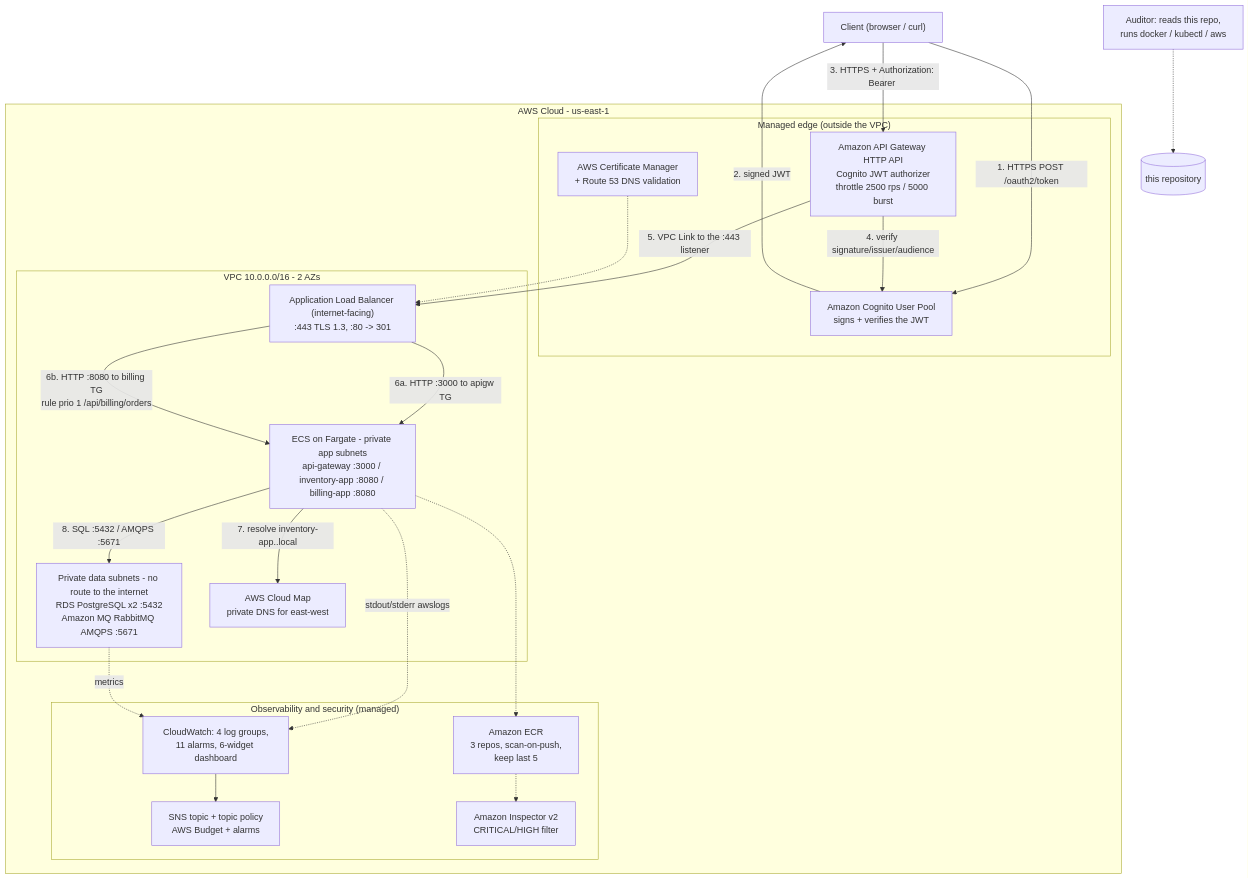
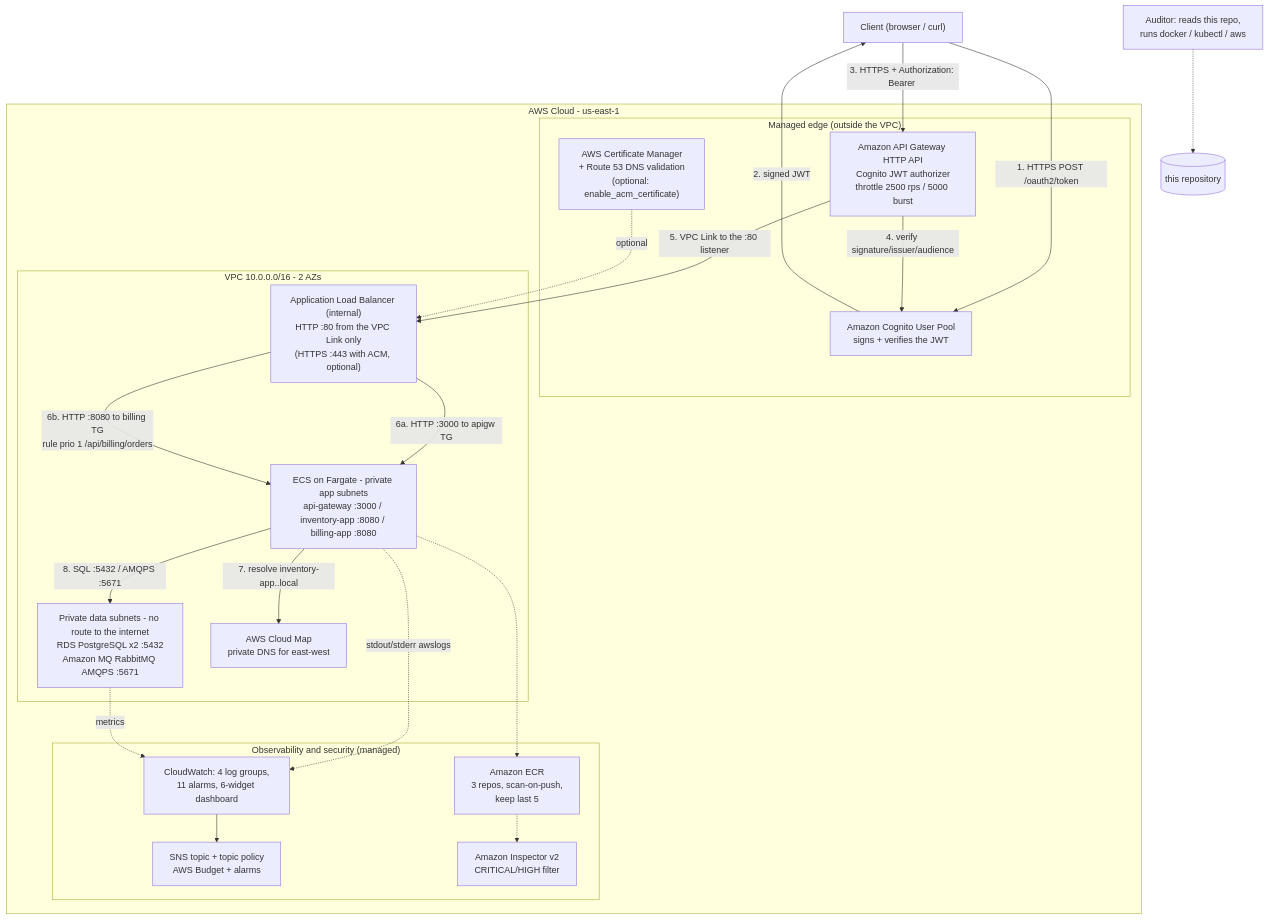
The first of 3 diagrams in README.md (ertval/cloud-design), drawn with Mermaid before and after one commit. The commit also changed other lines of this file and 18 other files, not shown here.

Commit message:
fix: Phase 1 Terraform blockers T01-T04 (single-instance broker, internal ALB, S3 policy)

````diff
--- a/README.md
+++ b/README.md
@@ -50,44 +51,44 @@
 ```mermaid
 flowchart TB
     Client["Client (browser / curl)"]
     Auditor["Auditor: reads this repo,<br/>runs docker / kubectl / aws"]
 
     subgraph AWS["AWS Cloud - us-east-1"]
         subgraph Edge["Managed edge (outside the VPC)"]
             APIGW["Amazon API Gateway HTTP API<br/>Cognito JWT authorizer<br/>throttle 2500 rps / 5000 burst"]
             Cognito["Amazon Cognito User Pool<br/>signs + verifies the JWT"]
-            ACM["AWS Certificate Manager<br/>+ Route 53 DNS validation"]
+            ACM["AWS Certificate Manager<br/>+ Route 53 DNS validation<br/>(optional: enable_acm_certificate)"]
         end
 
         subgraph VPC["VPC 10.0.0.0/16 - 2 AZs"]
-            ALB["Application Load Balancer (internet-facing)<br/>:443 TLS 1.3, :80 -> 301"]
+            ALB["Application Load Balancer (internal)<br/>HTTP :80 from the VPC Link only<br/>(HTTPS :443 with ACM, optional)"]
             AppTier["ECS on Fargate - private app subnets<br/>api-gateway :3000 / inventory-app :8080 / billing-app :8080"]
             DataTier["Private data subnets - no route to the internet<br/>RDS PostgreSQL x2 :5432<br/>Amazon MQ RabbitMQ AMQPS :5671"]
             CloudMap["AWS Cloud Map<br/>private DNS for east-west"]
         end
 
         subgraph Ops["Observability and security (managed)"]
             CW["CloudWatch: 4 log groups,<br/>11 alarms, 6-widget dashboard"]
             SNS["SNS topic + topic policy<br/>AWS Budget + alarms"]
             ECR["Amazon ECR<br/>3 repos, scan-on-push,<br/>keep last 5"]
             Insp["Amazon Inspector v2<br/>CRITICAL/HIGH filter"]
         end
     end
 
     Client -->|"1. HTTPS POST /oauth2/token"| Cognito
     Cognito -->|"2. signed JWT"| Client
     Client -->|"3. HTTPS + Authorization: Bearer <JWT>"| APIGW
     APIGW -->|"4. verify signature/issuer/audience"| Cognito
-    APIGW -->|"5. VPC Link to the :443 listener"| ALB
+    APIGW -->|"5. VPC Link to the :80 listener"| ALB
     ALB -->|"6a. HTTP :3000 to apigw TG"| AppTier
     ALB -->|"6b. HTTP :8080 to billing TG<br/>rule prio 1 /api/billing/orders"| AppTier
     AppTier -->|"7. resolve inventory-app.<ns>.local"| CloudMap
     AppTier -->|"8. SQL :5432 / AMQPS :5671"| DataTier
     AppTier -.->|"stdout/stderr awslogs"| CW
     DataTier -.->|"metrics"| CW
     CW --> SNS
     AppTier -.-> ECR
     ECR -.-> Insp
-    ACM -.-> ALB
+    ACM -.->|"optional"| ALB
     Auditor -.-> Repo[("this repository")]
 ```
````
